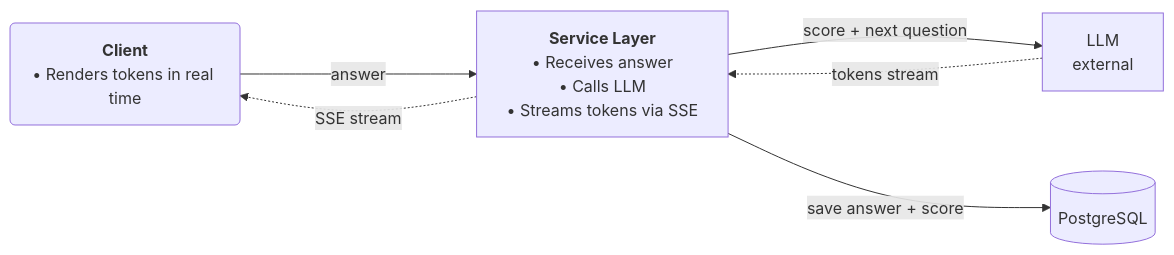
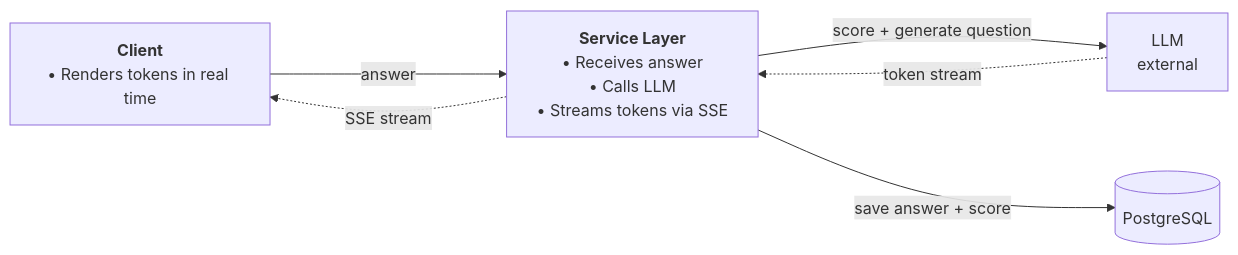
One commit to shivam-tamboli/GrillMyProject changed the fifth of 5 diagrams in SYSTEM_DESIGN.md. Above: the diagram before and after it, drawn with Mermaid.

Commit message:
fix deep dive 1 diagram — remove overlapping arrows

````diff
--- a/SYSTEM_DESIGN.md
+++ b/SYSTEM_DESIGN.md
@@ -532,14 +532,14 @@
 ```mermaid
 %%{init: {'flowchart': {'nodeSpacing': 80, 'rankSpacing': 150}}}%%
 flowchart LR
-    Client("<b>Client</b><br/>• Renders tokens in real time")
+    Client["<b>Client</b><br/>• Renders tokens in real time"]
     SVC["<b>Service Layer</b><br/>• Receives answer<br/>• Calls LLM<br/>• Streams tokens via SSE"]
     LLM["LLM<br/>external"]
     PG[(PostgreSQL)]
 
     Client -->|answer| SVC
-    SVC -->|score + next question| LLM
-    LLM -.->|tokens stream| SVC
+    SVC -->|score + generate question| LLM
+    LLM -.->|token stream| SVC
+    SVC -->|save answer + score| PG
     SVC -.->|SSE stream| Client
-    SVC -->|save answer + score| PG
 ```
````
